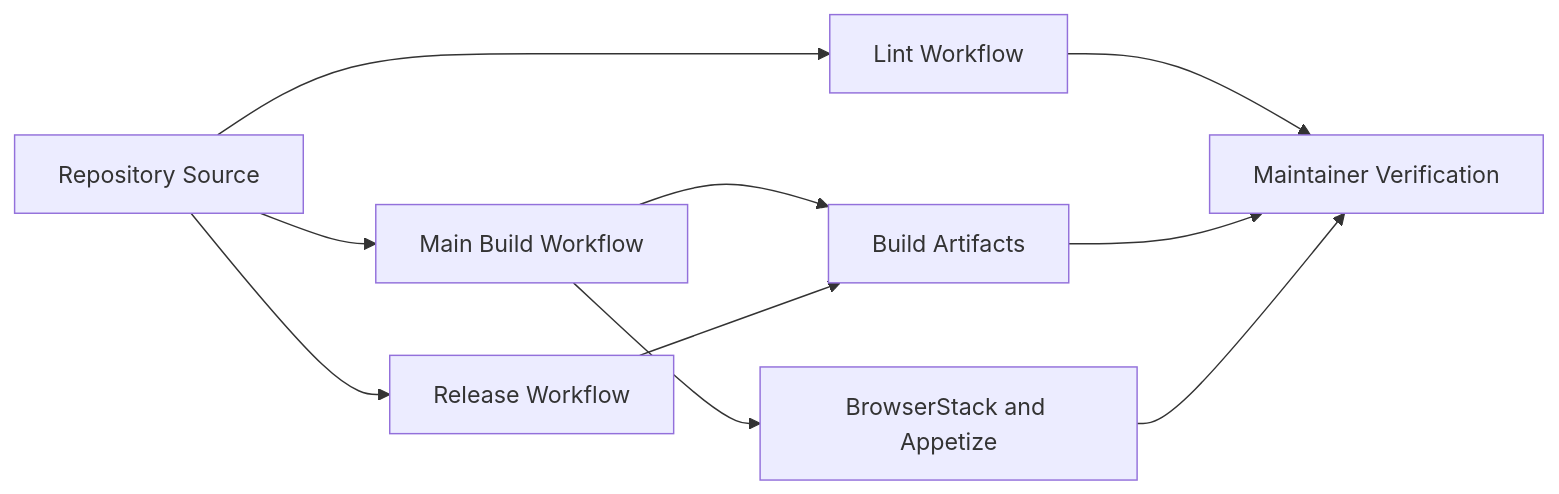
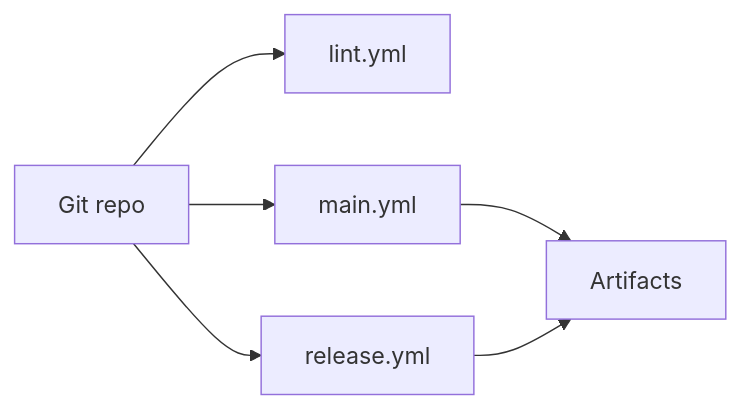
Before and after one commit to stashgg/stash-native: the diagram in docs/maintenance-and-testing.md, drawn with Mermaid. The commit also changed other lines of this file and 6 other files, not shown here.

````diff
--- a/docs/maintenance-and-testing.md
+++ b/docs/maintenance-and-testing.md
@@ -108,20 +112,14 @@
 ```mermaid
 flowchart LR
-    Source[Repository Source]
-    Lint[Lint Workflow]
-    Build[Main Build Workflow]
-    Release[Release Workflow]
-    Artifacts[Build Artifacts]
-    DeviceCloud[BrowserStack and Appetize]
-    Engineers[Maintainer Verification]
+    Repo[Git repo]
+    Lint[lint.yml]
+    Build[main.yml]
+    Rel[release.yml]
+    Out[Artifacts]
 
-    Source --> Lint
-    Source --> Build
-    Source --> Release
-    Lint --> Engineers
-    Build --> Artifacts
-    Build --> DeviceCloud
-    Artifacts --> Engineers
-    DeviceCloud --> Engineers
-    Release --> Artifacts
+    Repo --> Lint
+    Repo --> Build
+    Repo --> Rel
+    Build --> Out
+    Rel --> Out
 ```
````
